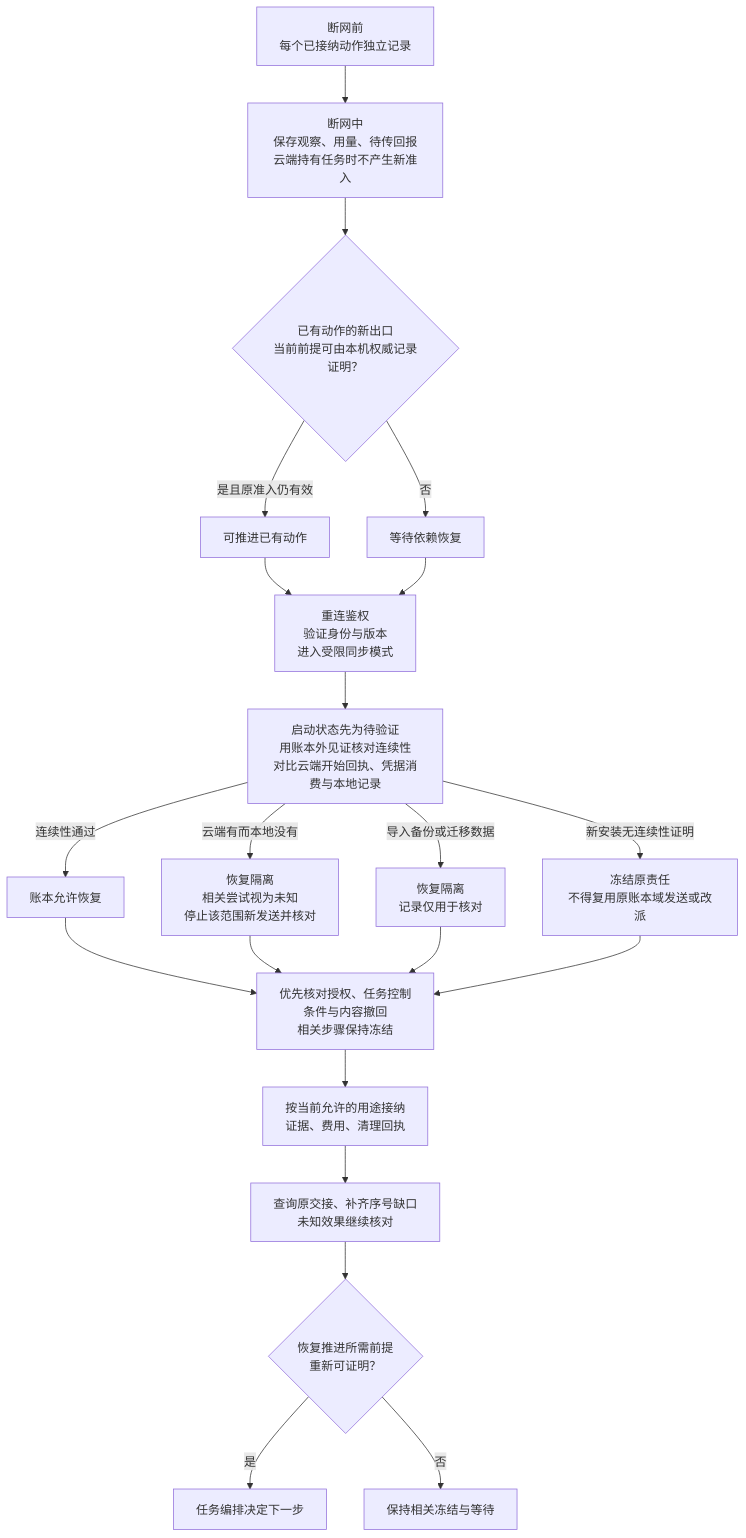
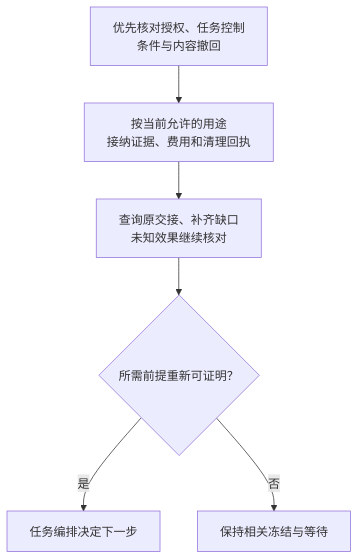
The third of 3 diagrams in docs/architecture/topics/deployment.md (ruipengliu/lerna), drawn with Mermaid before and after one commit. The commit also changed other lines of this file and 48 other files, not shown here.

Commit message:
docs: clarify architecture contracts and diagrams

````diff
--- a/docs/architecture/topics/deployment.md
+++ b/docs/architecture/topics/deployment.md
@@ -203,23 +211,8 @@
 ```mermaid
-flowchart TB
-    Before["断网前<br/>每个已接纳动作独立记录"] --> Offline["断网中<br/>保存观察、用量、待传回报<br/>云端持有任务时不产生新准入"]
-    Offline --> Gate{"已有动作的新出口<br/>当前前提可由本机权威记录证明？"}
-    Gate -->|是且原准入仍有效| Run["可推进已有动作"]
-    Gate -->|否| Wait["等待依赖恢复"]
-    Run --> Reconnect["重连鉴权<br/>验证身份与版本<br/>进入受限同步模式"]
-    Wait --> Reconnect
-    Reconnect --> Check["启动状态先为待验证<br/>用账本外见证核对连续性<br/>对比云端开始回执、凭据消费与本地记录"]
-    Check -->|连续性通过| Ready["账本允许恢复"]
-    Check -->|云端有而本地没有| Rollback["恢复隔离<br/>相关尝试视为未知<br/>停止该范围新发送并核对"]
-    Check -->|导入备份或迁移数据| Isolate["恢复隔离<br/>记录仅用于核对"]
-    Check -->|新安装无连续性证明| Freeze["冻结原责任<br/>不得复用原账本域发送或改派"]
-    Ready --> Control["优先核对授权、任务控制<br/>条件与内容撤回<br/>相关步骤保持冻结"]
-    Rollback --> Control
-    Isolate --> Control
-    Freeze --> Control
-    Control --> Reports["按当前允许的用途接纳<br/>证据、费用、清理回执"]
-    Reports --> Converge["查询原交接、补齐序号缺口<br/>未知效果继续核对"]
-    Converge --> Prereq{"恢复推进所需前提<br/>重新可证明？"}
-    Prereq -->|是| Next["任务编排决定下一步"]
-    Prereq -->|否| Hold["保持相关冻结与等待"]
+flowchart TD
+    A["优先核对授权、任务控制<br/>条件与内容撤回"] --> B["按当前允许的用途<br/>接纳证据、费用和清理回执"]
+    B --> C["查询原交接、补齐缺口<br/>未知效果继续核对"]
+    C --> D{"所需前提重新可证明？"}
+    D -->|是| E["任务编排决定下一步"]
+    D -->|否| F["保持相关冻结与等待"]
 ```
````
